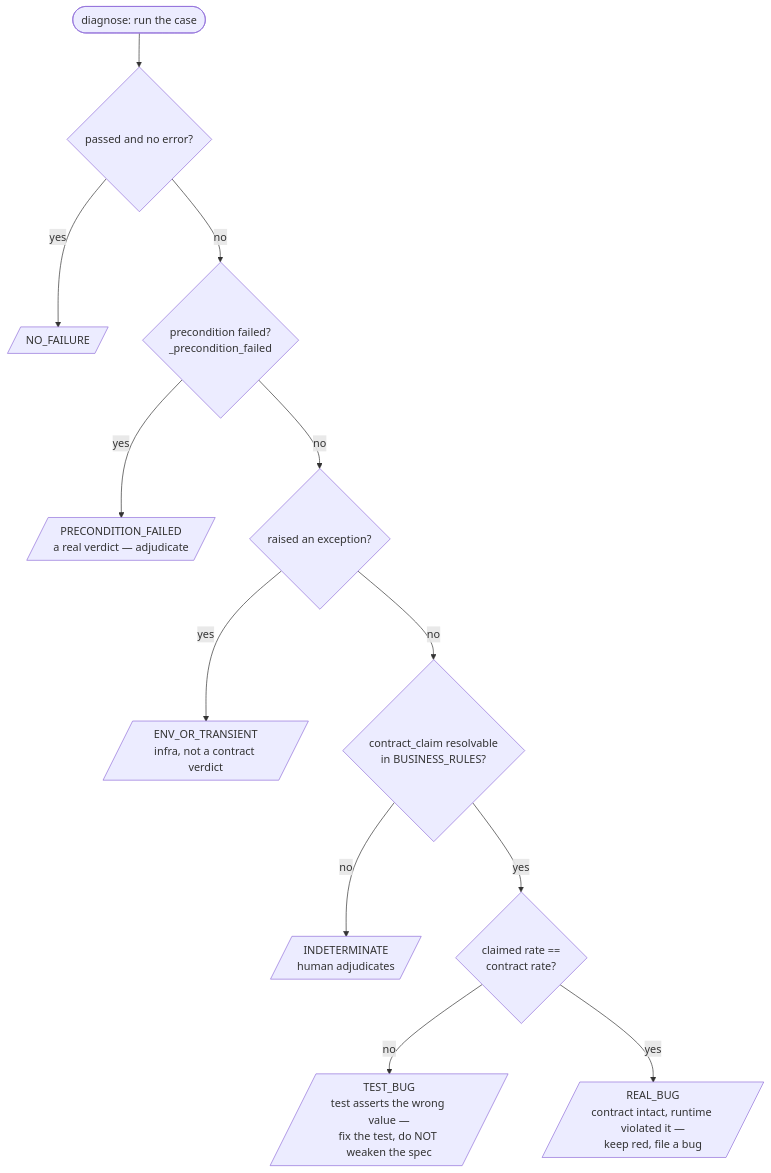
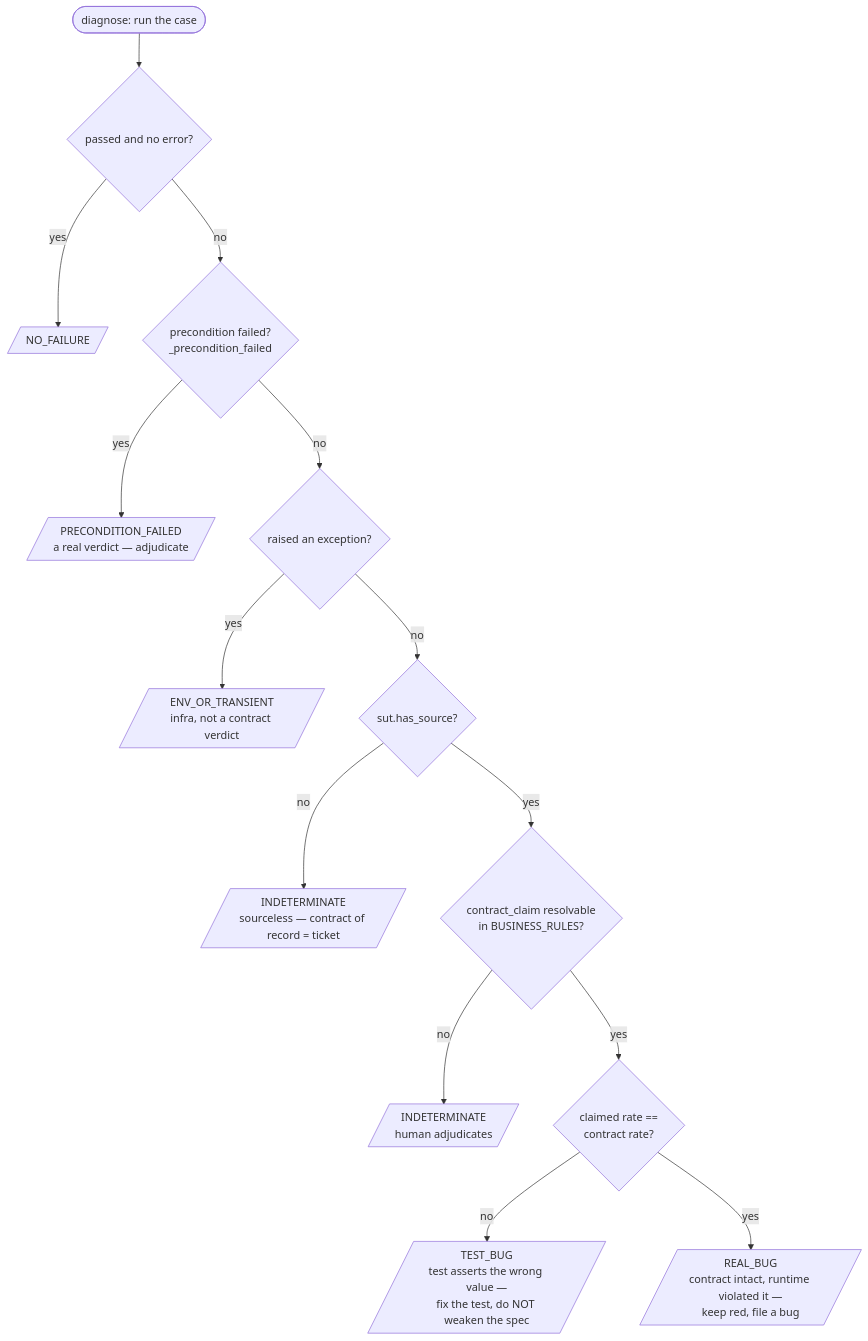
The first of 2 diagrams in docs/diagnostics-and-review-panel.md (Calevi-Consulting/qensei), drawn with Mermaid before and after one commit. The commit also changed other lines of this file and 18 other files, not shown here.

````diff
--- a/docs/diagnostics-and-review-panel.md
+++ b/docs/diagnostics-and-review-panel.md
@@ -15,14 +15,16 @@
 ```mermaid
 flowchart TD
   d([diagnose: run the case]) --> ok{passed and no error?}
   ok -- yes --> NF[/NO_FAILURE/]
   ok -- no --> pre{precondition failed?<br/>_precondition_failed}
   pre -- yes --> PF[/PRECONDITION_FAILED<br/>a real verdict — adjudicate/]
   pre -- no --> err{raised an exception?}
   err -- yes --> ENV[/ENV_OR_TRANSIENT<br/>infra, not a contract verdict/]
-  err -- no --> claim{contract_claim resolvable<br/>in BUSINESS_RULES?}
+  err -- no --> src{sut.has_source?}
+  src -- no --> INDsl[/INDETERMINATE<br/>sourceless — contract of record = ticket/]
+  src -- yes --> claim{contract_claim resolvable<br/>in BUSINESS_RULES?}
   claim -- no --> IND[/INDETERMINATE<br/>human adjudicates/]
   claim -- yes --> rate{claimed rate ==<br/>contract rate?}
   rate -- no --> TB[/TEST_BUG<br/>test asserts the wrong value —<br/>fix the test, do NOT weaken the spec/]
   rate -- yes --> RB[/REAL_BUG<br/>contract intact, runtime violated it —<br/>keep red, file a bug/]
 ```
````
